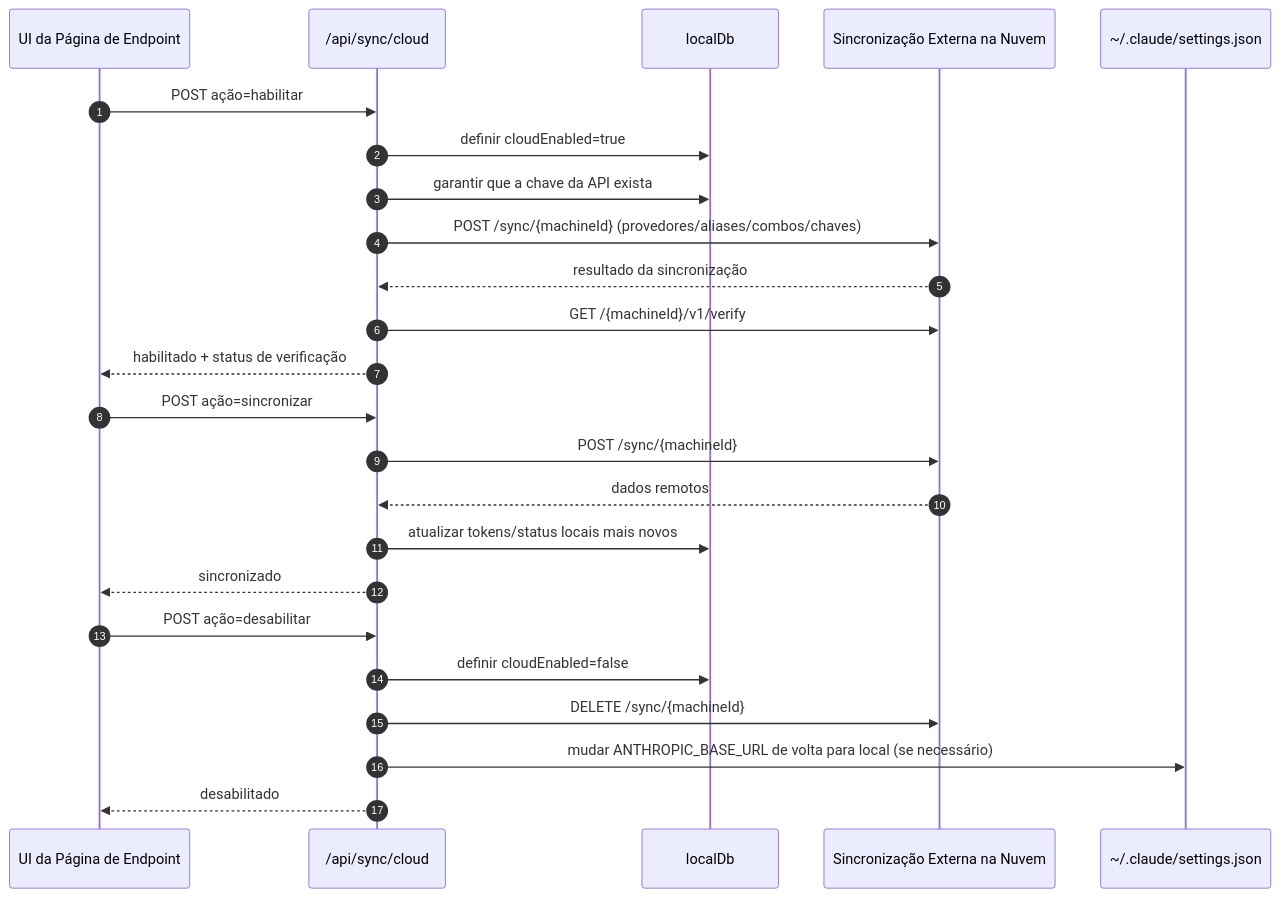
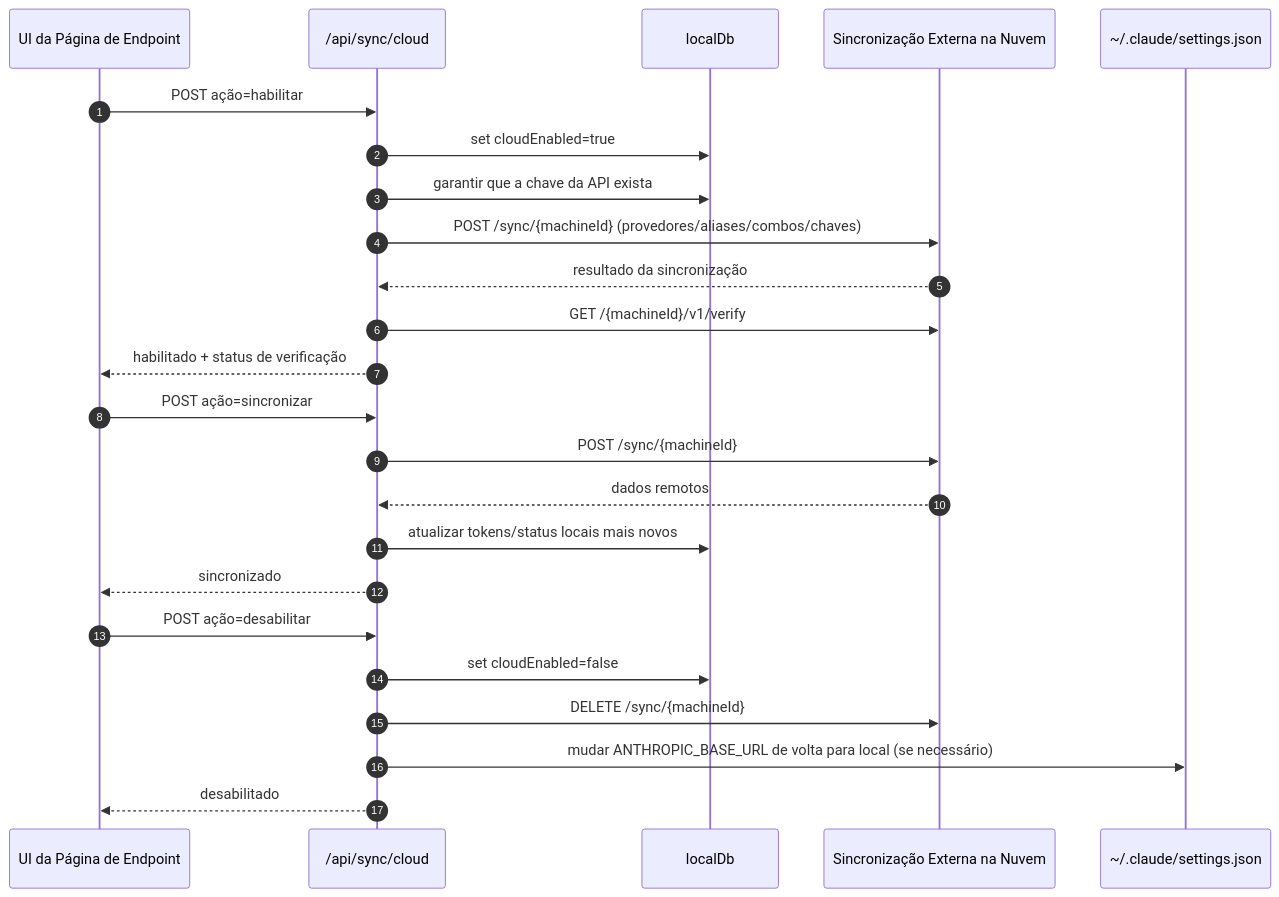
One commit to gabrielmoreira/agent-skills-mirror changed the fifth of 7 diagrams in mirrors/repos/diegosouzapw@OmniRoute/docs/i18n/pt-BR/docs/architecture/ARCHITECTURE.md. Above: the diagram before and after it, drawn with Mermaid. The commit also changed other lines of this file and 2735 other files, not shown here.

````diff
--- a/mirrors/repos/diegosouzapw@OmniRoute/docs/i18n/pt-BR/docs/architecture/ARCHITECTURE.md
+++ b/mirrors/repos/diegosouzapw@OmniRoute/docs/i18n/pt-BR/docs/architecture/ARCHITECTURE.md
@@ -649,29 +649,29 @@
 ```mermaid
 sequenceDiagram
     autonumber
     participant UI as UI da Página de Endpoint
     participant Sync as /api/sync/cloud
     participant DB as localDb
     participant Cloud as Sincronização Externa na Nuvem
     participant Claude as ~/.claude/settings.json
 
     UI->>Sync: POST ação=habilitar
-    Sync->>DB: definir cloudEnabled=true
+    Sync->>DB: set cloudEnabled=true
     Sync->>DB: garantir que a chave da API exista
     Sync->>Cloud: POST /sync/{machineId} (provedores/aliases/combos/chaves)
     Cloud-->>Sync: resultado da sincronização
     Sync->>Cloud: GET /{machineId}/v1/verify
     Sync-->>UI: habilitado + status de verificação
 
     UI->>Sync: POST ação=sincronizar
     Sync->>Cloud: POST /sync/{machineId}
     Cloud-->>Sync: dados remotos
     Sync->>DB: atualizar tokens/status locais mais novos
     Sync-->>UI: sincronizado
 
     UI->>Sync: POST ação=desabilitar
-    Sync->>DB: definir cloudEnabled=false
+    Sync->>DB: set cloudEnabled=false
     Sync->>Cloud: DELETE /sync/{machineId}
     Sync->>Claude: mudar ANTHROPIC_BASE_URL de volta para local (se necessário)
     Sync-->>UI: desabilitado
 ```
````
